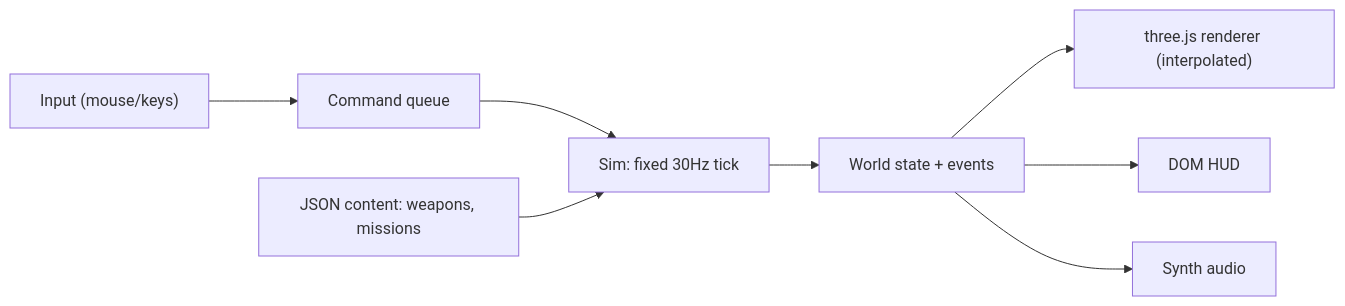
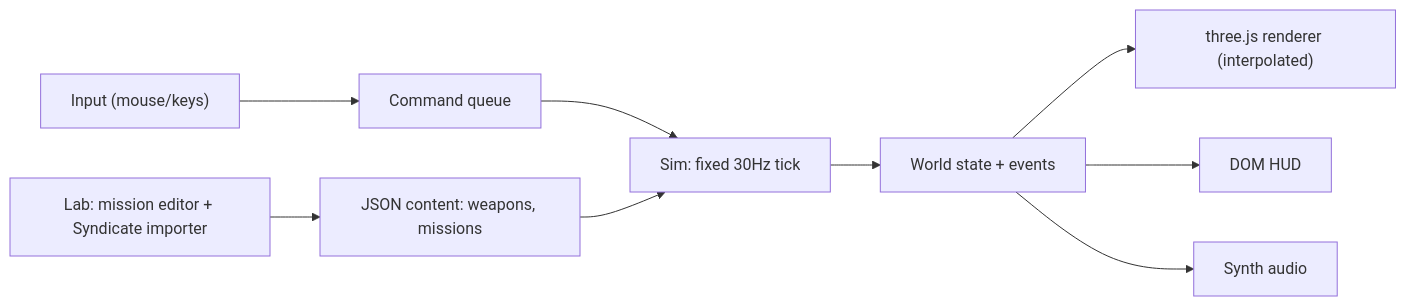
One commit to pdcgomes/neon-rain changed the first of 2 diagrams in README.md. Above: the diagram before and after it, drawn with Mermaid. The commit also changed other lines of this file and 77 other files, not shown here.

Commit message:
Lab: tool menu, mission editor and Syndicate importer; authored maps, spawns and typed objectives

````diff
--- a/README.md
+++ b/README.md
@@ -88,10 +93,11 @@
 ```mermaid
 flowchart LR
   Input["Input (mouse/keys)"] --> Cmds[Command queue]
   Cmds --> Sim["Sim: fixed 30Hz tick"]
   Sim --> Snapshot[World state + events]
   Snapshot --> Render["three.js renderer (interpolated)"]
   Snapshot --> HUD[DOM HUD]
   Snapshot --> Audio[Synth audio]
   Content["JSON content: weapons, missions"] --> Sim
+  Lab["Lab: mission editor + Syndicate importer"] --> Content
 ```
````
